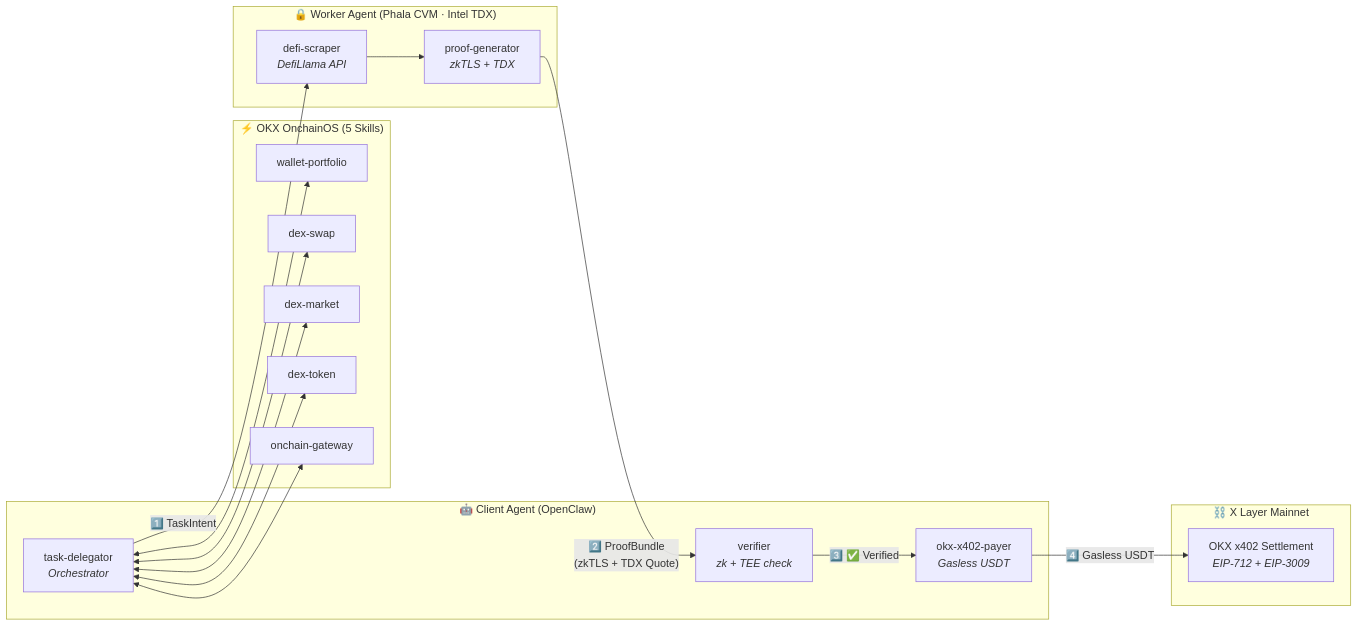
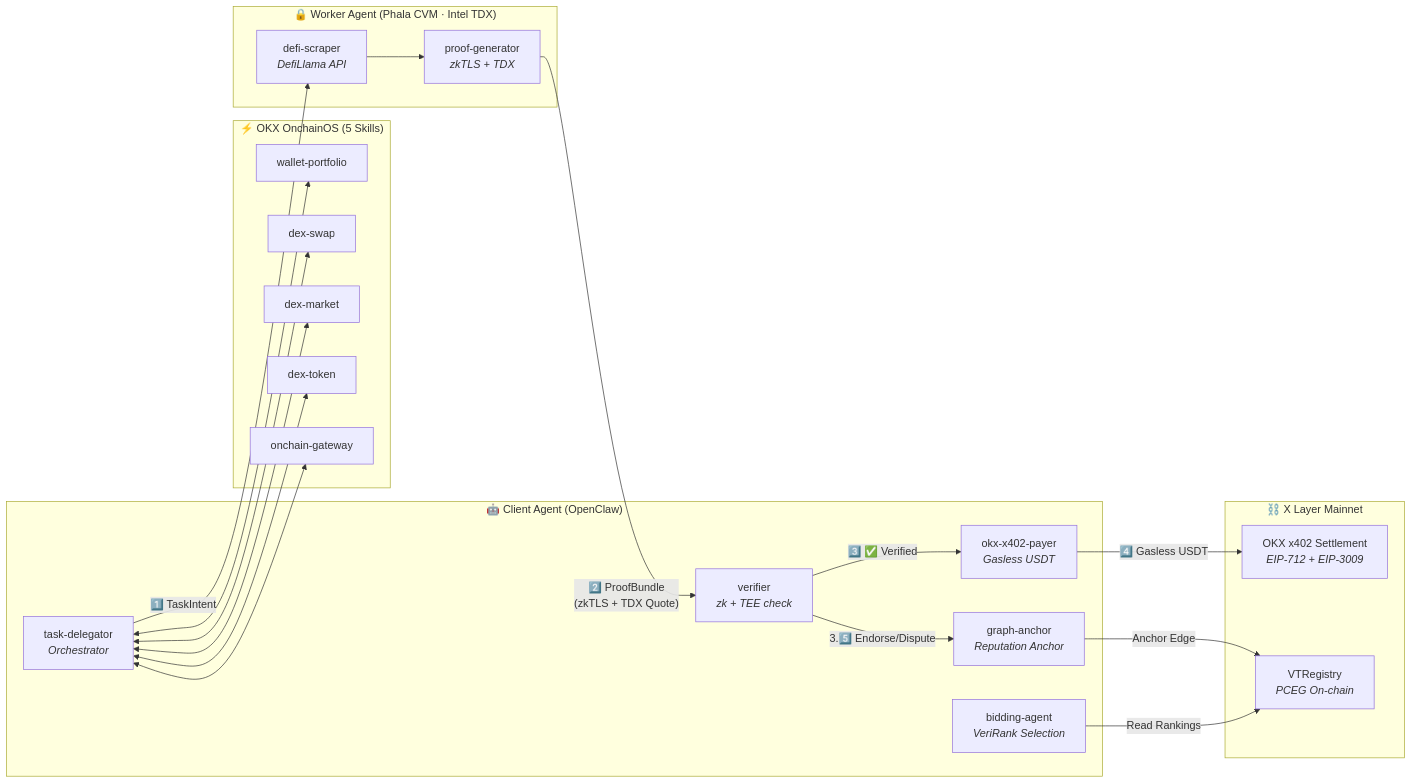
One commit to Skottbie/VeriTask changed the first of 2 diagrams in README.md. Above: the diagram before and after it, drawn with Mermaid. The commit also changed other lines of this file and 58 other files, not shown here.

````diff
--- a/README.md
+++ b/README.md
@@ -47,37 +51,44 @@
 ```mermaid
 flowchart LR
     subgraph Client["🤖 Client Agent (OpenClaw)"]
         TD["task-delegator<br/><i>Orchestrator</i>"]
         V["verifier<br/><i>zk + TEE check</i>"]
         P["okx-x402-payer<br/><i>Gasless USDT</i>"]
+        GA["graph-anchor<br/><i>Reputation Anchor</i>"]
+        BA["bidding-agent<br/><i>VeriRank Selection</i>"]
     end
 
     subgraph OnchainOS["⚡ OKX OnchainOS (5 Skills)"]
         WP["wallet-portfolio"]
         DS["dex-swap"]
         DM["dex-market"]
         DT["dex-token"]
         OG["onchain-gateway"]
     end
 
     subgraph Worker["🔒 Worker Agent (Phala CVM · Intel TDX)"]
         DF["defi-scraper<br/><i>DefiLlama API</i>"]
         PG["proof-generator<br/><i>zkTLS + TDX</i>"]
     end
 
     subgraph Chain["⛓️ X Layer Mainnet"]
         X402["OKX x402 Settlement<br/><i>EIP-712 + EIP-3009</i>"]
+        VTR["VTRegistry<br/><i>PCEG On-chain</i>"]
     end
 
     TD -- "1️⃣ TaskIntent" --> DF
     DF --> PG
     PG -- "2️⃣ ProofBundle<br/>(zkTLS + TDX Quote)" --> V
     V -- "3️⃣ ✅ Verified" --> P
     P -- "4️⃣ Gasless USDT" --> X402
 
     TD <--> WP
     TD <--> DS
     TD <--> DM
     TD <--> DT
     TD <--> OG
+
+    V -- "3.5️⃣ Endorse/Dispute" --> GA
+    GA -- "Anchor Edge" --> VTR
+    BA -- "Read Rankings" --> VTR
 ```
````
